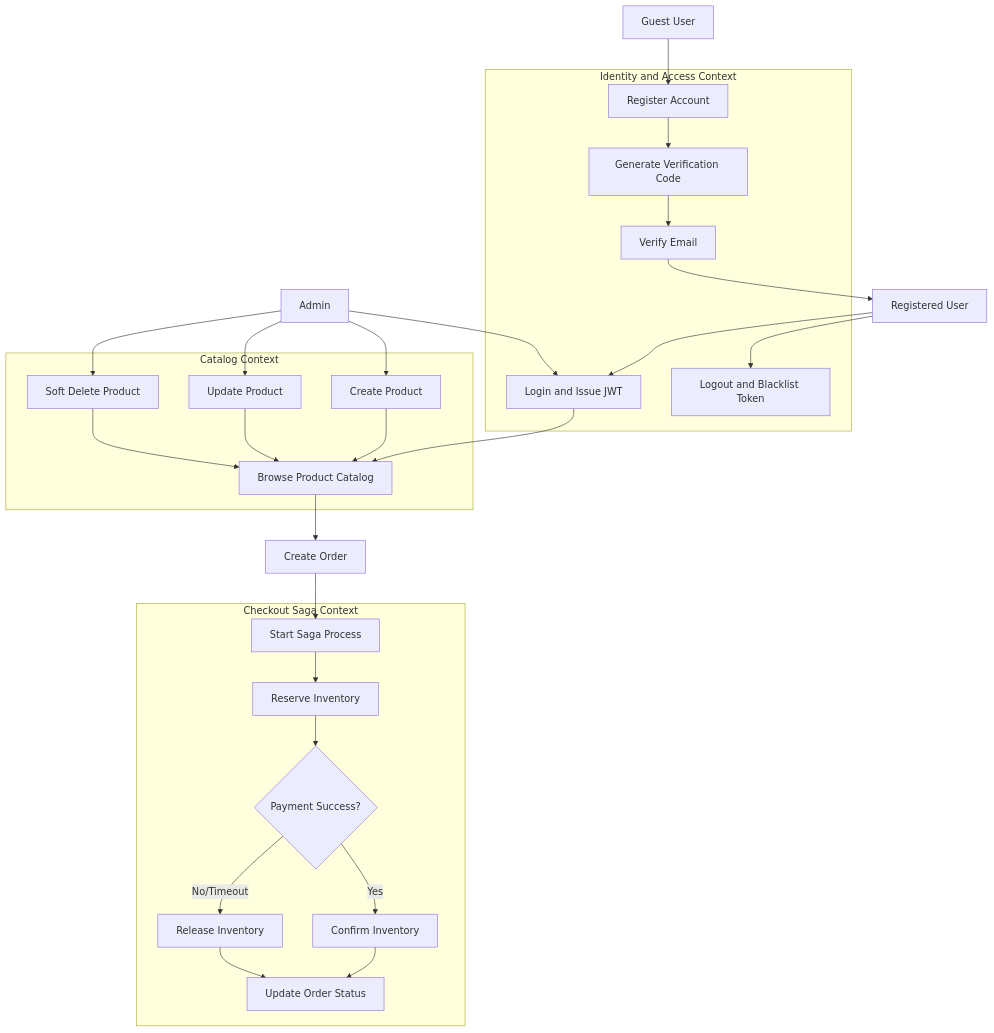
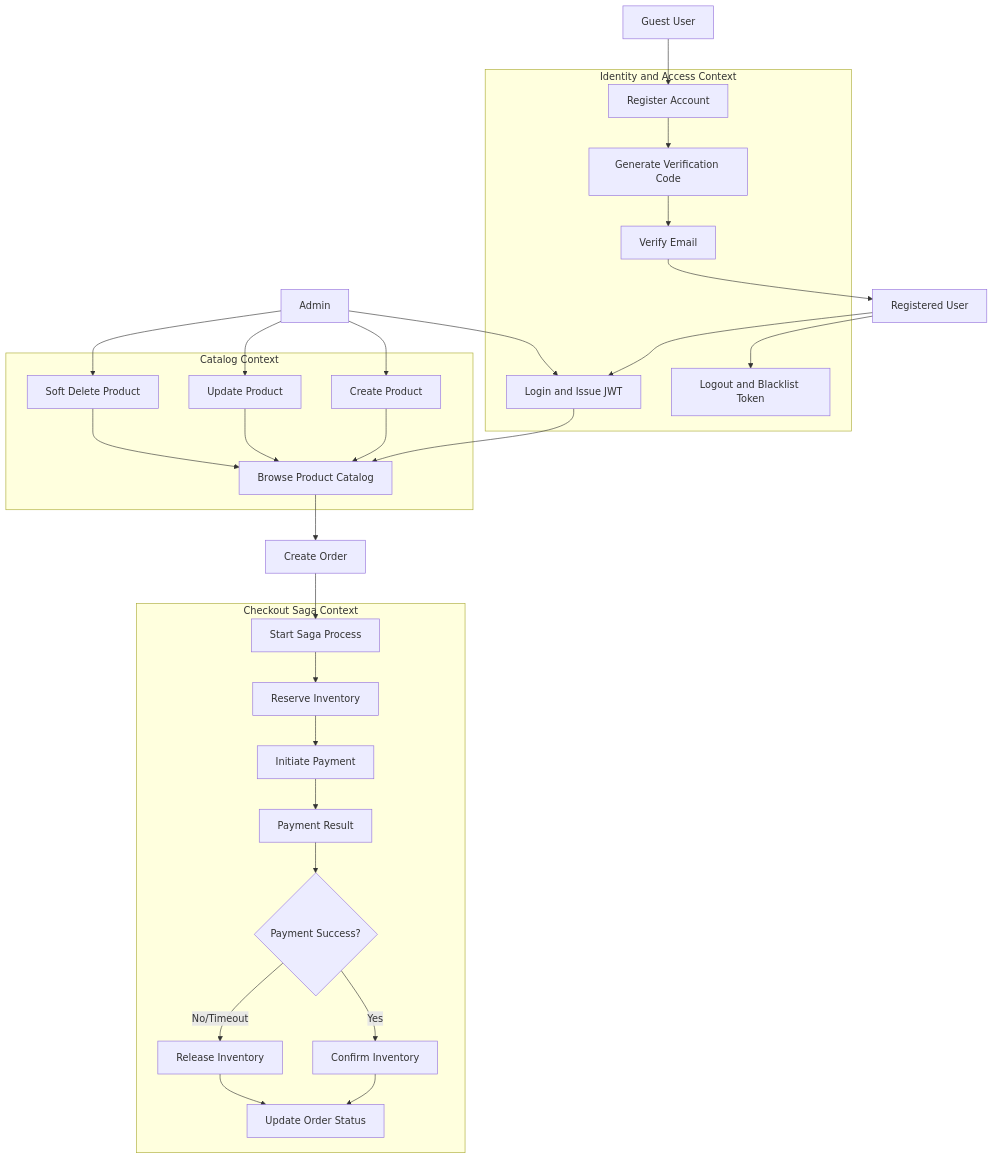
The first of 7 diagrams in analysis-and-design-ddd.md (baosatboiz/asd), drawn with Mermaid before and after one commit. The commit also changed other lines of this file, not shown here.

````diff
--- a/analysis-and-design-ddd.md
+++ b/analysis-and-design-ddd.md
@@ -26,49 +26,51 @@
 ```mermaid
 flowchart TD
     G[Guest User] --> R[Register Account]
     R --> VC[Generate Verification Code]
     VC --> VE[Verify Email]
     VE --> U[Registered User]
 
     subgraph IAM[Identity and Access Context]
         R
         VC
         VE
         LG[Login and Issue JWT]
         LO[Logout and Blacklist Token]
     end
 
     U --> LG
     U --> LO
 
     subgraph CAT[Catalog Context]
         BR[Browse Product Catalog]
         CP[Create Product]
         UP[Update Product]
         DP[Soft Delete Product]
     end
 
     LG --> BR
     A[Admin] --> LG
     A --> CP
     A --> UP
     A --> DP
     CP --> BR
     UP --> BR
     DP --> BR
 
     BR --> CO[Create Order]
 
     subgraph CHECKOUT[Checkout Saga Context]
         SP[Start Saga Process]
         RS[Reserve Inventory]
+        PI[Initiate Payment]
+        PS[Payment Result]
         GW{Payment Success?}
         CF[Confirm Inventory]
         RL[Release Inventory]
         US[Update Order Status]
     end
 
-    CO --> SP --> RS --> GW
+    CO --> SP --> RS --> PI --> PS --> GW
     GW -->|Yes| CF --> US
     GW -->|No/Timeout| RL --> US
 ```
````
